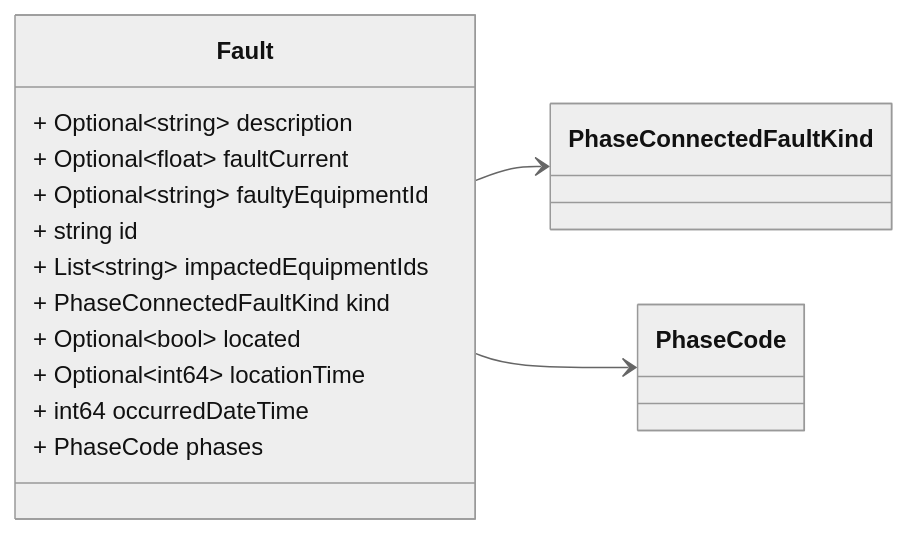
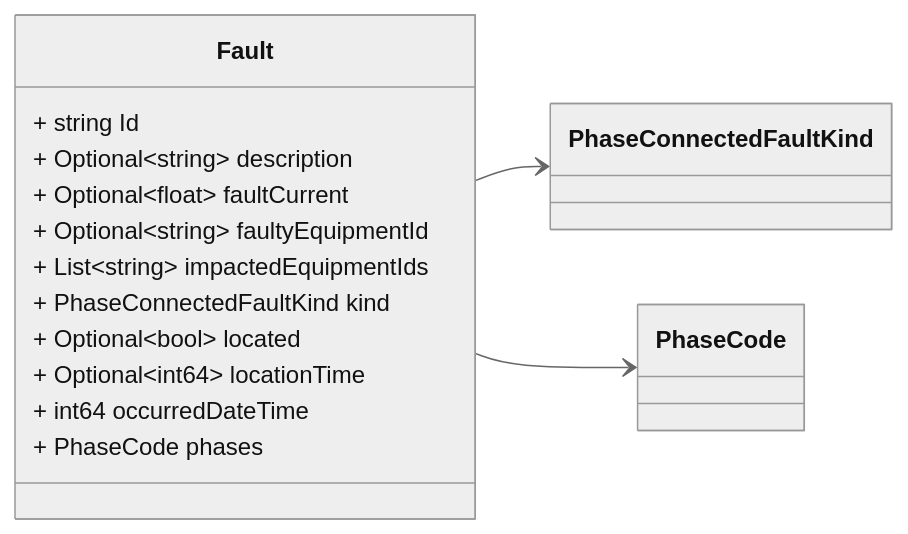
One commit to zaphiro-technologies/protobuf changed the third of 5 diagrams in docs/fault.proto.md. Above: the diagram before and after it, drawn with Mermaid (neutral theme). The commit also changed other lines of this file and 1 other file, not shown here.

````diff
--- a/docs/fault.proto.md
+++ b/docs/fault.proto.md
@@ -135,30 +135,30 @@
 ```mermaid
 classDiagram
 direction LR
 
 %% Abnormal condition causing current flow through conducting equipment, such as caused by equipment failure or short circuits from objects not typically modelled (for example, a tree falling on a line).
 %% 
 %% This message is modeled after [CIM Fault](https://zepben.github.io/evolve/docs/cim/cim100/TC57CIM/IEC61970/Base/Faults/Fault) according to the extensions defined in the [fault-data-storage](https://github.com/zaphiro-technologies/architecture/blob/main/features/31-fault-data-storage.md#data-structures) feature.
 %% 
 %% Headers used in rabbitMQ:
 %% * `id`: id of the `Fault`
 %% * `type`: always `Fault`
 %% * `producerId`: the id of the producer (e.g. a PMU) linked to the notification.
 %% 
 
 class Fault {
+  + string Id
   + Optional~string~ description
   + Optional~float~ faultCurrent
   + Optional~string~ faultyEquipmentId
-  + string id
   + List~string~ impactedEquipmentIds
   + PhaseConnectedFaultKind kind
   + Optional~bool~ located
   + Optional~int64~ locationTime
   + int64 occurredDateTime
   + PhaseCode phases
 }
 Fault --> `PhaseConnectedFaultKind`
 Fault --> `PhaseCode`
 
 ```
````
